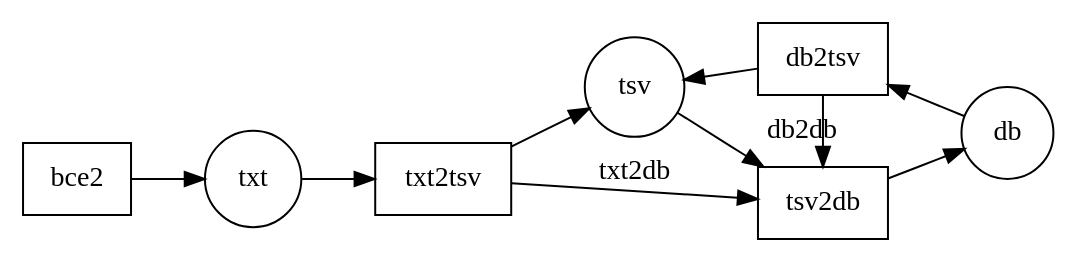
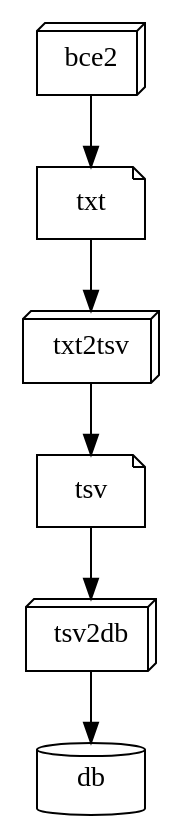
The diagram in doc/ImpEx.dot (tieugene/bcerq), drawn with Graphviz before and after one commit. The commit also changed 37 other files, not shown here.

```diff
--- a/doc/ImpEx.dot
+++ b/doc/ImpEx.dot
@@ -1,19 +1,8 @@
 // powered by https://dreampuf.github.io/GraphvizOnline/
 digraph {
-    rankdir=LR;
-    node [shape=circle] {
-        txt;
-        tsv;
-        db;
-    }
-    node [shape=box] {
-        txt2tsv;
-        tsv2db;
-        db2tsv;
-    }
-	bce2 -> txt -> txt2tsv -> tsv -> tsv2db -> db;
-	txt2tsv -> tsv2db [label=txt2db];
-	db -> db2tsv -> tsv;
-	db2tsv -> tsv2db [label=db2db];
-	{rank=same; tsv2db, db2tsv}
+    rankdir=TB;
+    node [shape=note] {txt, tsv}
+    node [shape=box3d] {bce2, txt2tsv, tsv2db}
+    node [shape=cylinder] {db}
+    bce2 -> txt -> txt2tsv -> tsv -> tsv2db -> db;
 }
```
